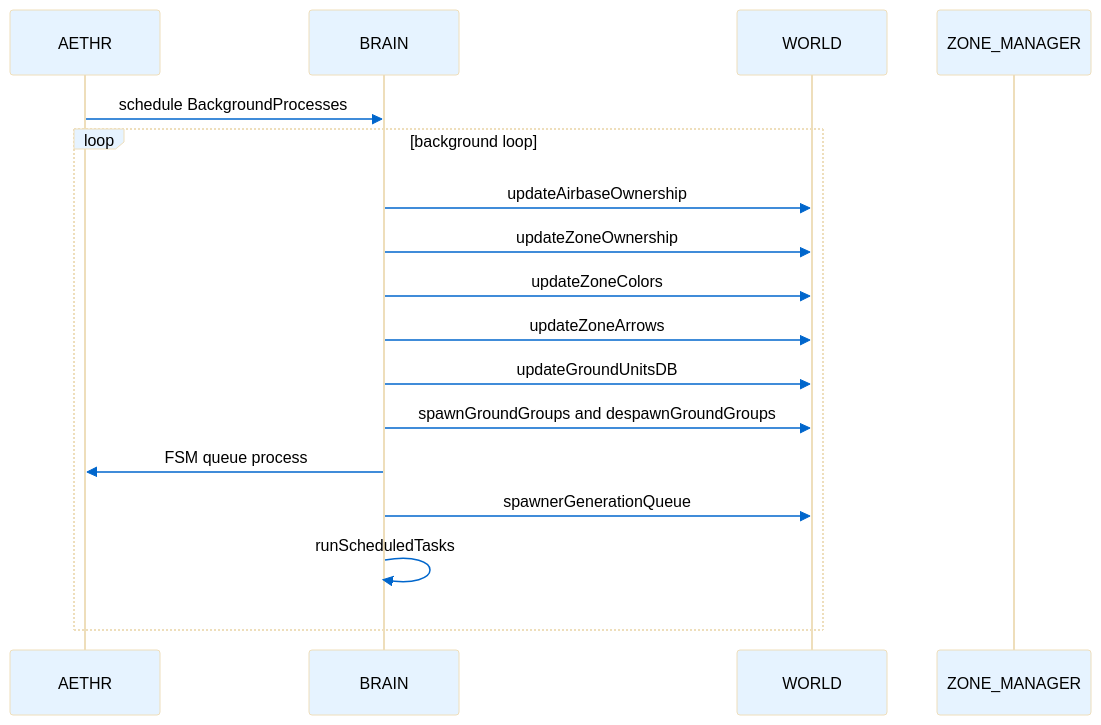
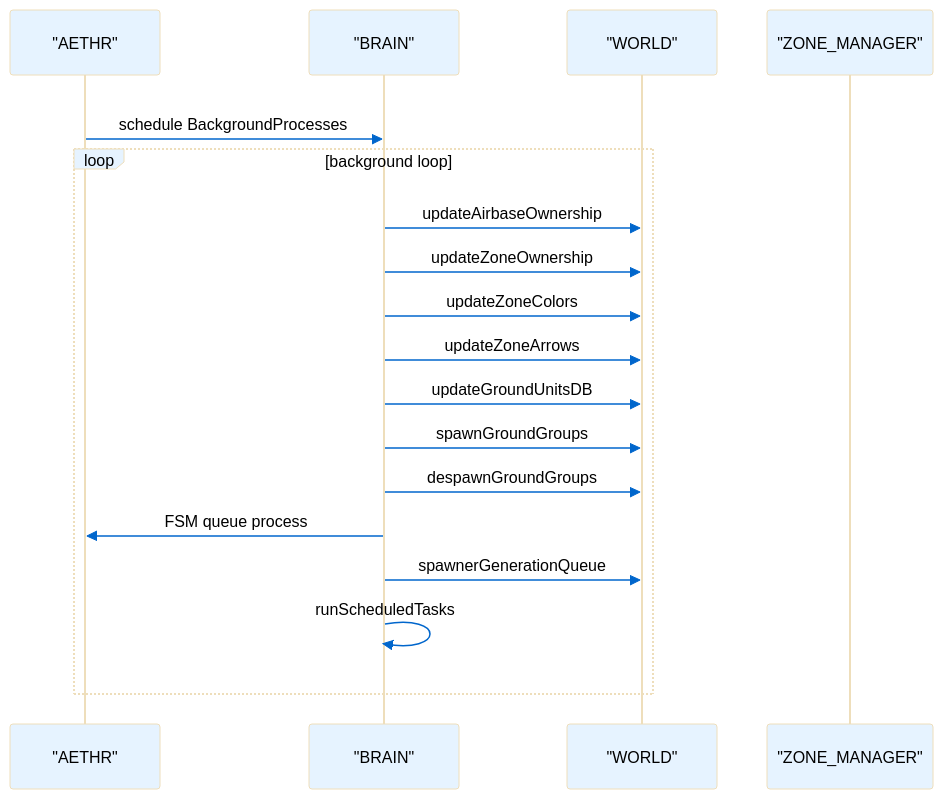
The fourth of 4 diagrams in docs/aethr/README.md (Gh0st352/AETHR), drawn with Mermaid before and after one commit. The commit also changed other lines of this file and 6 other files, not shown here.

First line of the commit message:
Refactor documentation with enhanced flowcharts and sequence diagrams

````diff
--- a/docs/aethr/README.md
+++ b/docs/aethr/README.md
@@ -104,20 +156,24 @@
 ```mermaid
-%%{init: {"theme":"base","themeVariables":{"actorBkg":"#e6f3ff","actorTextColor":"#000","lineColor":"#495057","signalColor":"#0066cc","signalTextColor":"#000","fontSize":"14px"}}}%%
+%%{init: {"theme":"base","themeVariables":{"actorBkg":"#e6f3ff","actorTextColor":"#000000ff","lineColor":"#495057","signalColor":"#0066cc","signalTextColor":"#000000ff","textColor":"#000000ff","fontSize":"14px"}}}%%
 sequenceDiagram
-  participant A as AETHR
-  participant B as BRAIN
-  participant W as WORLD
-  participant Z as ZONE_MANAGER
-  A->>B: schedule BackgroundProcesses
-  loop background loop
-    B->>W: updateAirbaseOwnership
-    B->>W: updateZoneOwnership
-    B->>W: updateZoneColors
-    B->>W: updateZoneArrows
-    B->>W: updateGroundUnitsDB
-    B->>W: spawnGroundGroups and despawnGroundGroups
-    B->>A: FSM queue process
-    B->>W: spawnerGenerationQueue
-    B->>B: runScheduledTasks
+  participant A as "AETHR"
+  participant B as "BRAIN"
+  participant W as "WORLD"
+  participant Z as "ZONE_MANAGER"
+
+  rect rgba(255,255,255,0.75)
+    A->>B: schedule BackgroundProcesses
+    loop background loop
+      B->>W: updateAirbaseOwnership
+      B->>W: updateZoneOwnership
+      B->>W: updateZoneColors
+      B->>W: updateZoneArrows
+      B->>W: updateGroundUnitsDB
+      B->>W: spawnGroundGroups
+      B->>W: despawnGroundGroups
+      B->>A: FSM queue process
+      B->>W: spawnerGenerationQueue
+      B->>B: runScheduledTasks
+    end
   end
 ```
````
